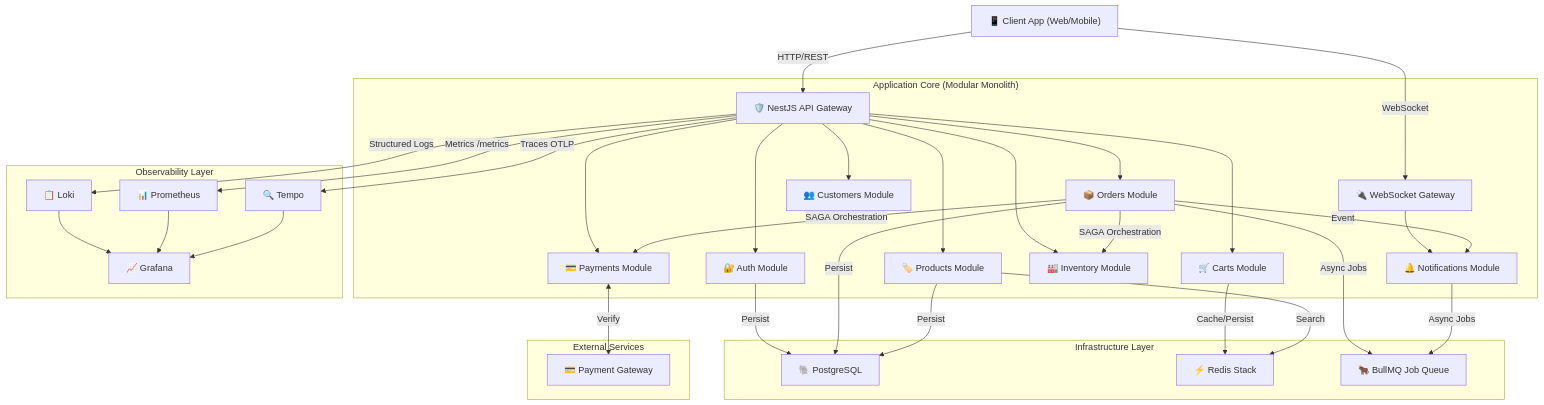
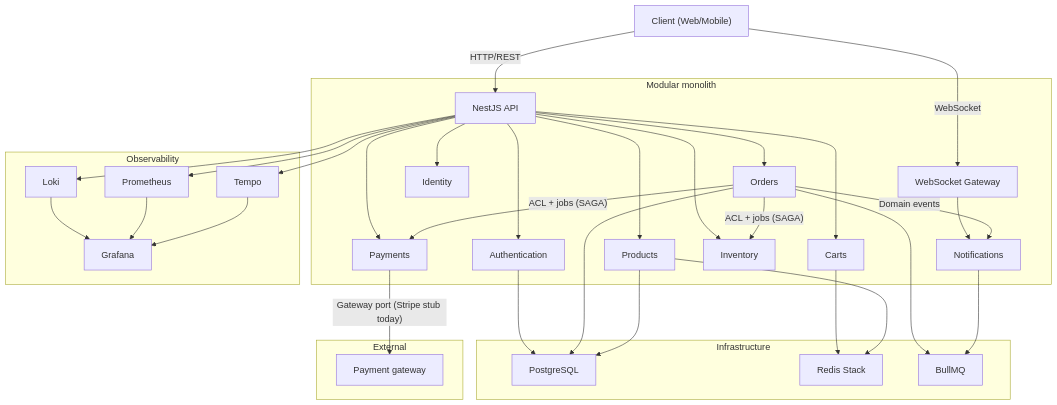
One commit to raouf-b-dev/ecommerce-store-api changed the diagram in README.md. Above: the diagram before and after it, drawn with Mermaid. The commit also changed other lines of this file, not shown here.

````diff
--- a/README.md
+++ b/README.md
@@ -100,46 +99,42 @@
 ```mermaid
 graph TD
-    Client["📱 Client App (Web/Mobile)"] -->|HTTP/REST| API["🛡️ NestJS API Gateway"]
-    Client -->|WebSocket| WS["🔌 WebSocket Gateway"]
+    Client["Client (Web/Mobile)"] -->|HTTP/REST| API["NestJS API"]
+    Client -->|WebSocket| WS["WebSocket Gateway"]
 
-    subgraph "Application Core (Modular Monolith)"
-        API --> Auth["🔐 Auth Module"]
-        API --> Orders["📦 Orders Module"]
-        API --> Products["🏷️ Products Module"]
-        API --> Carts["🛒 Carts Module"]
-        API --> Payments["💳 Payments Module"]
-        API --> Inventory["🏭 Inventory Module"]
-        API --> Customers["👥 Customers Module"]
-
-        WS --> Notifications["🔔 Notifications Module"]
-
-        Orders -->|SAGA Orchestration| Inventory
-        Orders -->|SAGA Orchestration| Payments
-        Orders -->|Event| Notifications
+    subgraph Monolith["Modular monolith"]
+        API --> Auth["Authentication"]
+        API --> Identity["Identity"]
+        API --> Orders["Orders"]
+        API --> Products["Products"]
+        API --> Carts["Carts"]
+        API --> Payments["Payments"]
+        API --> Inventory["Inventory"]
+        WS --> Notifications["Notifications"]
+        Orders -->|"ACL + jobs (SAGA)"| Inventory
+        Orders -->|"ACL + jobs (SAGA)"| Payments
+        Orders -->|Domain events| Notifications
     end
 
-    subgraph "Infrastructure Layer"
-        Auth -->|Persist| PG["🐘 PostgreSQL"]
-        Orders -->|Persist| PG
-        Products -->|Persist| PG
-
-        Carts -->|Cache/Persist| Redis["⚡ Redis Stack"]
-        Products -->|Search| Redis
-
-        Orders -->|Async Jobs| BullMQ["🐂 BullMQ Job Queue"]
-        Notifications -->|Async Jobs| BullMQ
+    subgraph Infra["Infrastructure"]
+        Auth --> PG["PostgreSQL"]
+        Orders --> PG
+        Products --> PG
+        Carts --> Redis["Redis Stack"]
+        Products --> Redis
+        Orders --> BullMQ["BullMQ"]
+        Notifications --> BullMQ
     end
 
-    subgraph "Observability Layer"
-        API -->|Structured Logs| Loki["📋 Loki"]
-        API -->|Metrics /metrics| Prometheus["📊 Prometheus"]
-        API -->|Traces OTLP| Tempo["🔍 Tempo"]
-        Loki --> Grafana["📈 Grafana"]
+    subgraph Observability["Observability"]
+        API --> Loki["Loki"]
+        API --> Prometheus["Prometheus"]
+        API --> Tempo["Tempo"]
+        Loki --> Grafana["Grafana"]
         Prometheus --> Grafana
         Tempo --> Grafana
     end
 
-    subgraph "External Services"
-        Payments <-->|Verify| Stripe["💳 Payment Gateway"]
+    subgraph External["External"]
+        Payments -->|"Gateway port (Stripe stub today)"| Stripe["Payment gateway"]
     end
 ```
````
